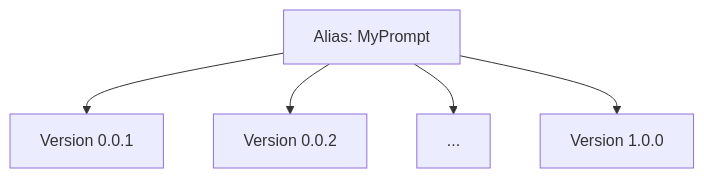
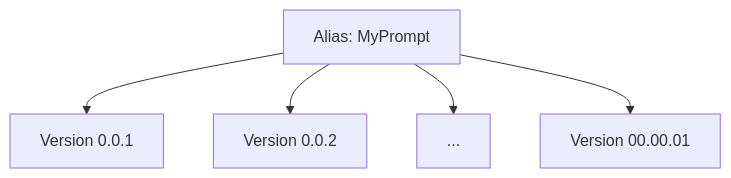
The diagram in fern/docs/pages/llm-evaluation/prompt-optimization/prompt-versioning.mdx (confident-ai/confident-docs), drawn with Mermaid before and after one commit. The commit also changed other lines of this file and 1 other file, not shown here.

````diff
--- a/fern/docs/pages/llm-evaluation/prompt-optimization/prompt-versioning.mdx
+++ b/fern/docs/pages/llm-evaluation/prompt-optimization/prompt-versioning.mdx
@@ -41,8 +41,8 @@
 ```mermaid
 flowchart TD
     MyPrompt["Alias: MyPrompt"]
     MyPrompt --> V001["Version 0.0.1"]
     MyPrompt --> V002["Version 0.0.2"]
     MyPrompt --> V003[" ... "]
-    MyPrompt --> V100["Version 1.0.0"]
+    MyPrompt --> V100["Version 00.00.01"]
 ```
````
